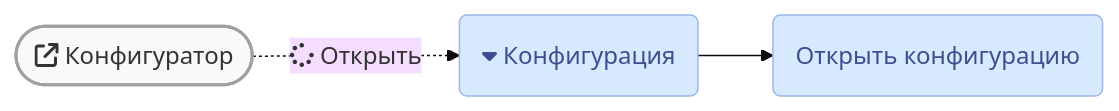
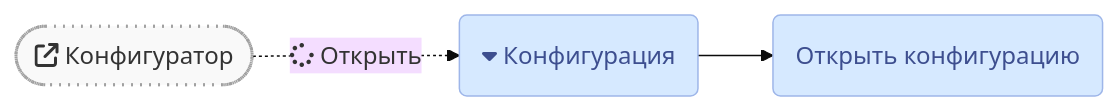
Before and after one commit to lugovoe/manual: the second of 3 diagrams in faq/crash/main-white-window.md, drawn with Mermaid (base theme). The commit also changed other lines of this file, not shown here.

````diff
--- a/faq/crash/main-white-window.md
+++ b/faq/crash/main-white-window.md
@@ -33,11 +33,11 @@
 ``` mermaid
 flowchart LR
   b1(["fa:fa-external-link Конфигуратор"]) -. fa:fa-spinner Открыть .-> m1;
   m1(fa:fa-caret-down Конфигурация) --> m2;
   m2(Открыть конфигурацию);
   classDef default fill:#d6e9ff,stroke:#a0a0a0,stroke-width:1px;
-  classDef button fill:#f9f9f9,stroke-width:2px;
+  classDef button fill:#f9f9f9,stroke-width:2px,stroke-dasharray:1 5;
   classDef cofnmenu stroke:#9eb6e9,color:#3d4e8f;
   class b1 button;
   class m1,m2 cofnmenu;
 ```
````
